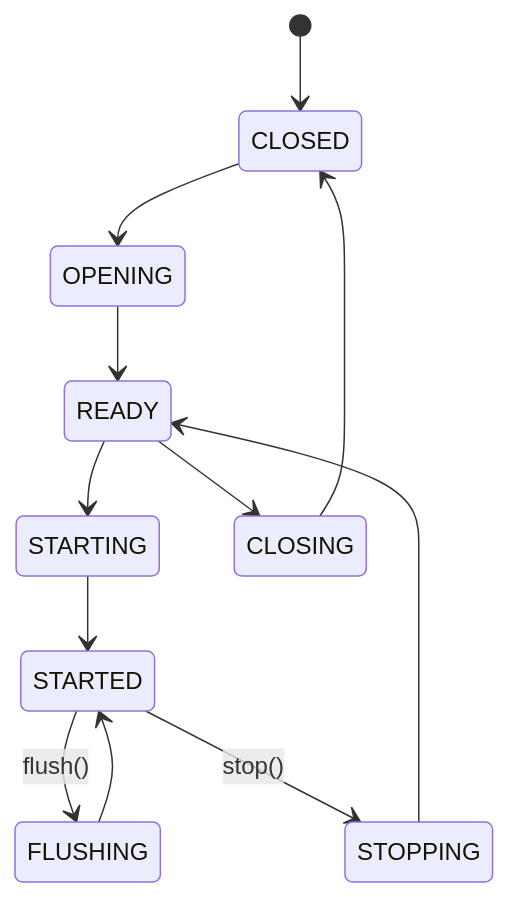
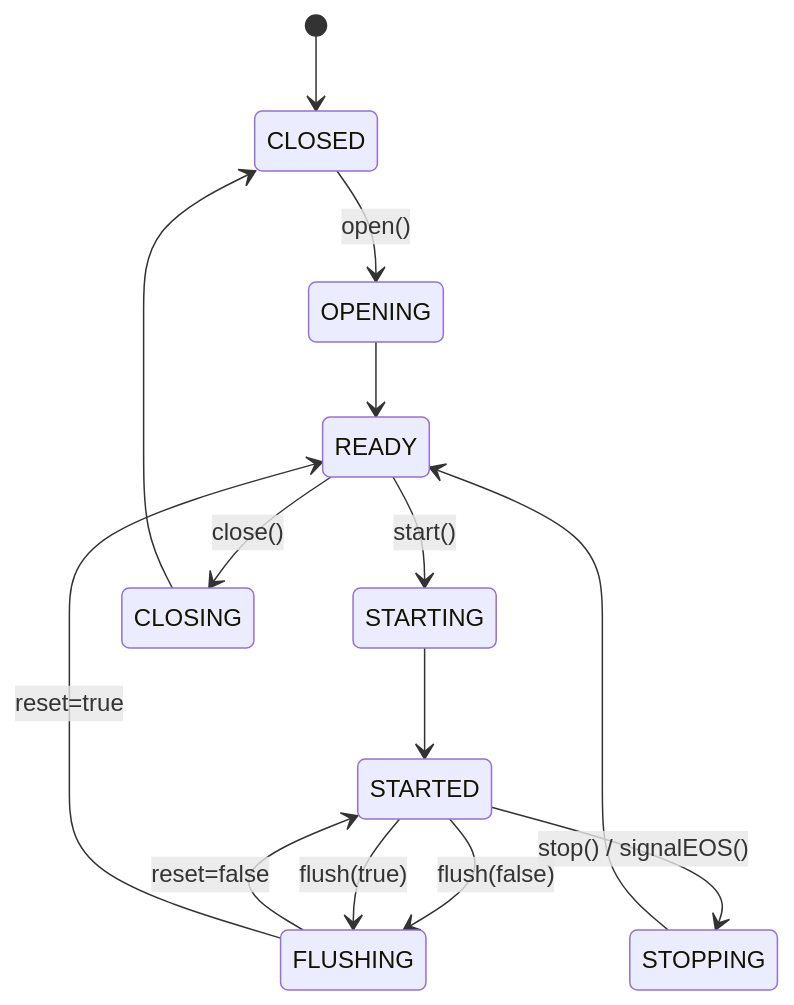
The second of 3 diagrams in docs/halif/audio_mixer/current/audio_mixer.md (rdkcentral/rdk-halif-aidl), drawn with Mermaid before and after one commit. The commit also changed other lines of this file and 2 other files, not shown here.

First line of the commit message:
fix #353: document audiomixer start/stop/flush semantics and control flow

````diff
--- a/docs/halif/audio_mixer/current/audio_mixer.md
+++ b/docs/halif/audio_mixer/current/audio_mixer.md
@@ -187,14 +189,16 @@
 ```mermaid
 stateDiagram-v2
     [*] --> CLOSED
-    CLOSED --> OPENING
+    CLOSED --> OPENING : open()
     OPENING --> READY
-    READY --> STARTING
+    READY --> STARTING : start()
     STARTING --> STARTED
-    STARTED --> FLUSHING : flush()
-    STARTED --> STOPPING : stop()
-    FLUSHING --> STARTED
+    STARTED --> FLUSHING : flush(false)
+    STARTED --> FLUSHING : flush(true)
+    STARTED --> STOPPING : stop() / signalEOS()
+    FLUSHING --> STARTED : reset=false
+    FLUSHING --> READY : reset=true
     STOPPING --> READY
-    READY --> CLOSING
+    READY --> CLOSING : close()
     CLOSING --> CLOSED
 ```
````
